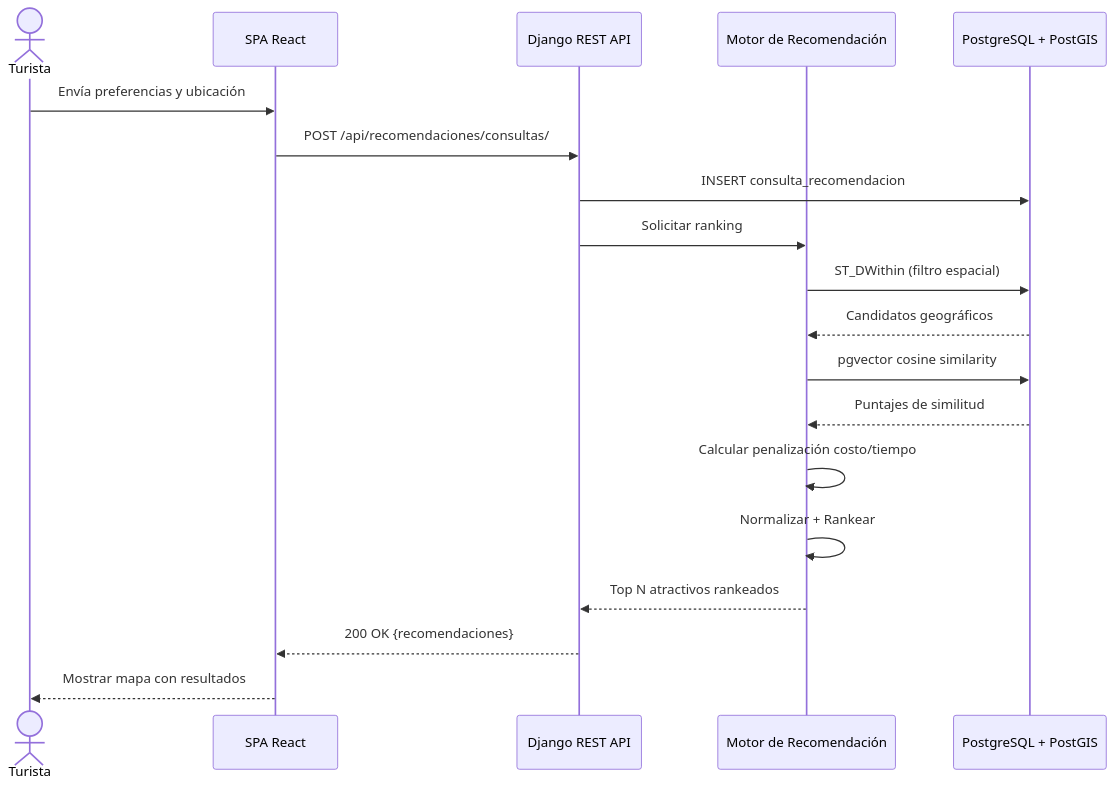
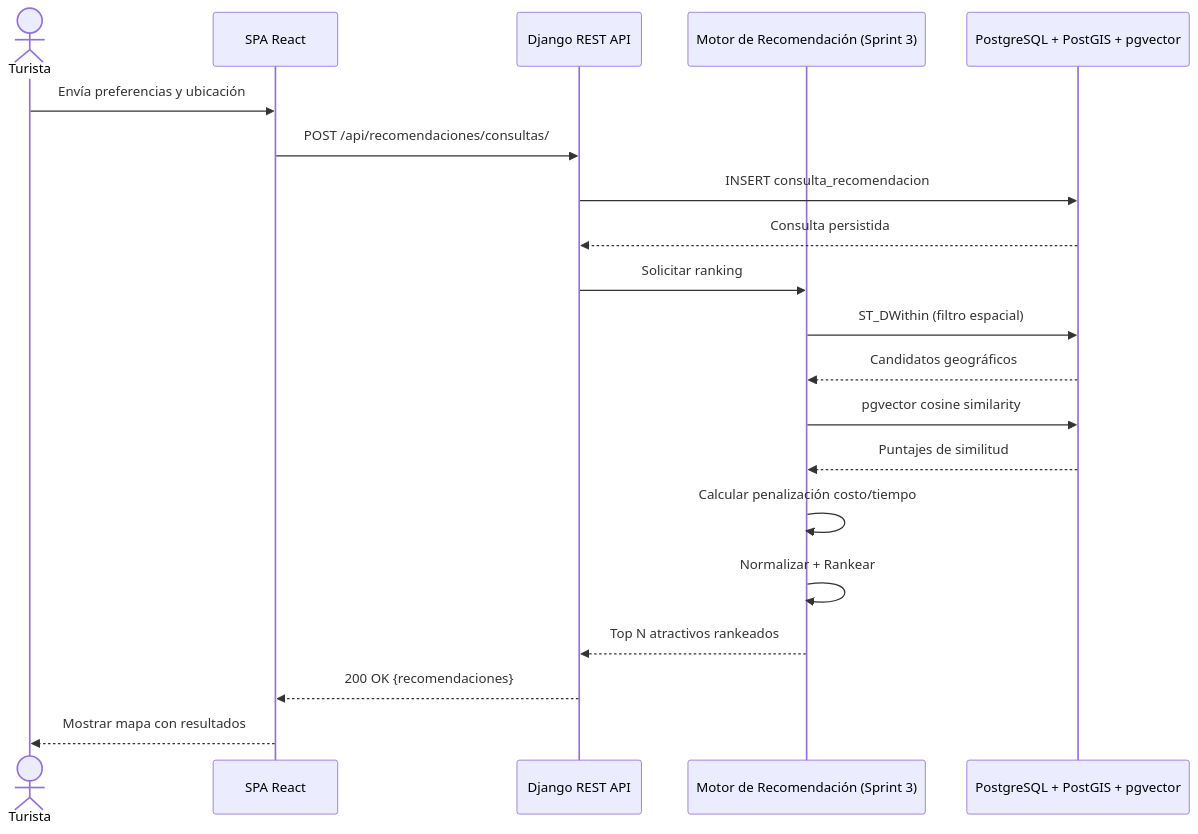
One commit to SajorIARA/proyecto-de-sistemas changed the tenth of 10 diagrams in docs/architecture/03-secuencia.md. Above: the diagram before and after it, drawn with Mermaid. The commit also changed other lines of this file and 14 other files, not shown here.

First line of the commit message:
docs: diagramas actualizados al estado real del proyecto

````diff
--- a/docs/architecture/03-secuencia.md
+++ b/docs/architecture/03-secuencia.md
@@ -53,22 +212,23 @@
 ```mermaid
 sequenceDiagram
     actor Turista
     participant Frontend as SPA React
     participant API as Django REST API
-    participant Recomendador as Motor de Recomendación
-    participant DB as PostgreSQL + PostGIS
+    participant Recomendador as Motor de Recomendación (Sprint 3)
+    participant DB as PostgreSQL + PostGIS + pgvector
 
     Turista->>Frontend: Envía preferencias y ubicación
     Frontend->>API: POST /api/recomendaciones/consultas/
     API->>DB: INSERT consulta_recomendacion
+    DB-->>API: Consulta persistida
     API->>Recomendador: Solicitar ranking
     Recomendador->>DB: ST_DWithin (filtro espacial)
     DB-->>Recomendador: Candidatos geográficos
     Recomendador->>DB: pgvector cosine similarity
     DB-->>Recomendador: Puntajes de similitud
     Recomendador->>Recomendador: Calcular penalización costo/tiempo
     Recomendador->>Recomendador: Normalizar + Rankear
     Recomendador-->>API: Top N atractivos rankeados
     API-->>Frontend: 200 OK {recomendaciones}
     Frontend-->>Turista: Mostrar mapa con resultados
 ```
````
